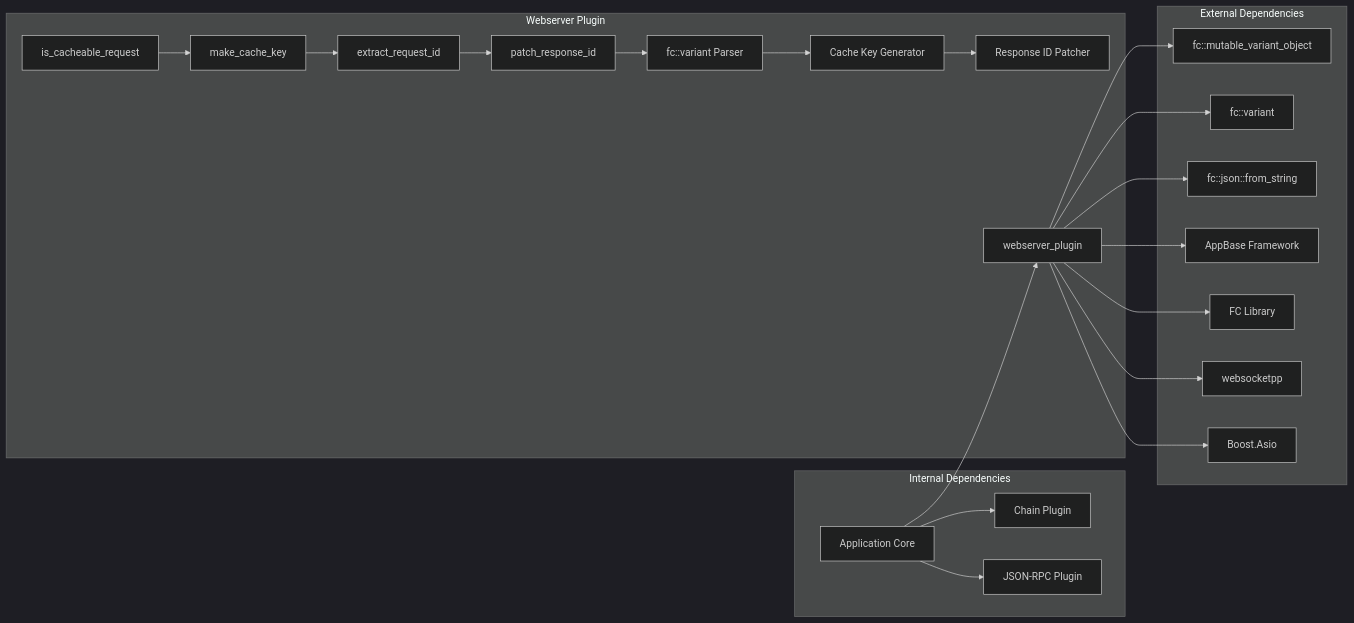
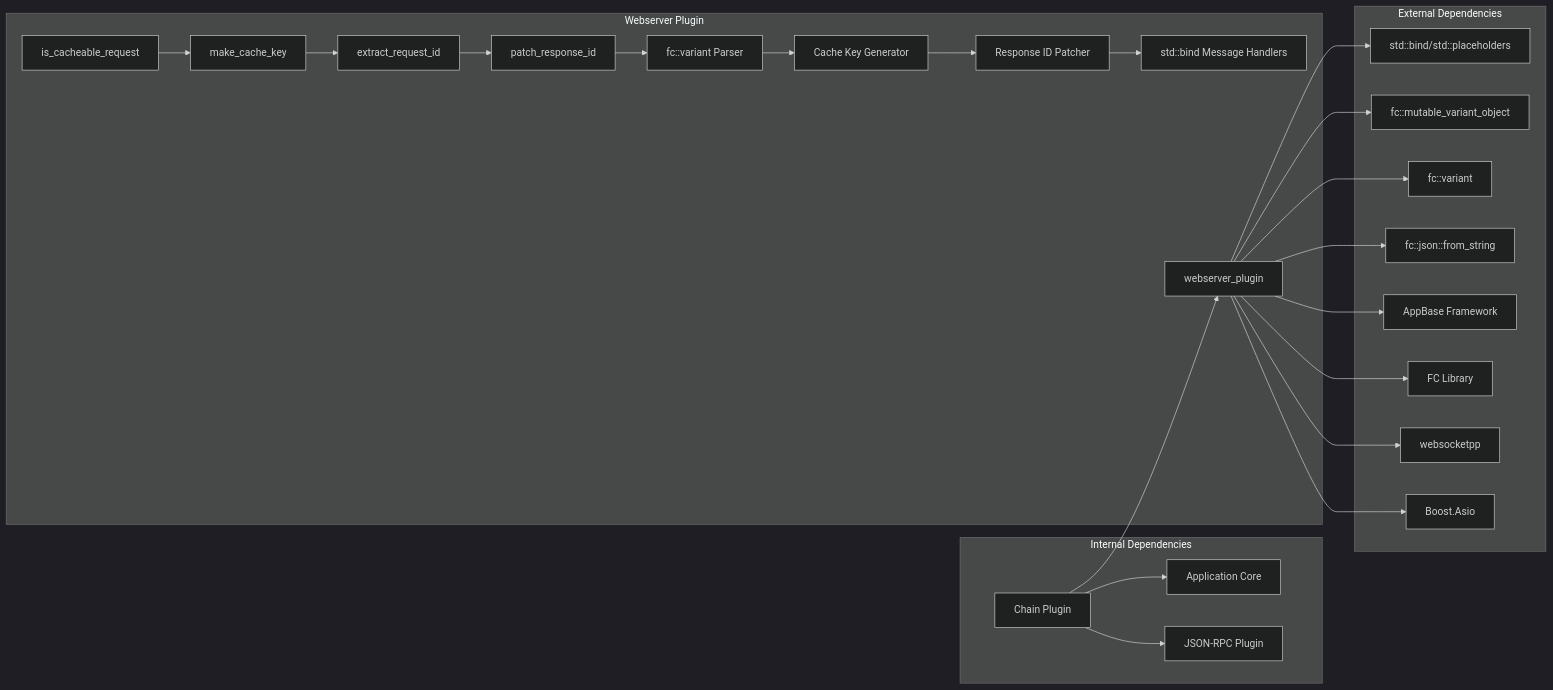
The tenth of 13 diagrams in .qoder/repowiki/en/content/Webserver Plugin.md (VIZ-Blockchain/viz-cpp-node), drawn with Mermaid (dark theme) before and after one commit. The commit also changed other lines of this file and 7 other files, not shown here.

````diff
--- a/.qoder/repowiki/en/content/Webserver Plugin.md
+++ b/.qoder/repowiki/en/content/Webserver Plugin.md
@@ -402,43 +439,47 @@
 ```mermaid
 graph LR
 subgraph "External Dependencies"
 A[Boost.Asio]
 B[websocketpp]
 C[FC Library]
 D[AppBase Framework]
 E[fc::json::from_string]
 F[fc::variant]
 G[fc::mutable_variant_object]
+H[std::bind/std::placeholders]
 end
 subgraph "Internal Dependencies"
-H[JSON-RPC Plugin]
-I[Chain Plugin]
-J[Application Core]
+I[JSON-RPC Plugin]
+J[Chain Plugin]
+K[Application Core]
 end
 subgraph "Webserver Plugin"
-K[webserver_plugin]
-L[is_cacheable_request]
-M[make_cache_key]
-N[extract_request_id]
-O[patch_response_id]
-P[fc::variant Parser]
-Q[Cache Key Generator]
-R[Response ID Patcher]
+L[webserver_plugin]
+M[is_cacheable_request]
+N[make_cache_key]
+O[extract_request_id]
+P[patch_response_id]
+Q[fc::variant Parser]
+R[Cache Key Generator]
+S[Response ID Patcher]
+T[std::bind Message Handlers]
 end
-J --> H
 J --> I
 J --> K
-K --> A
-K --> B
-K --> C
-K --> D
-K --> E
-K --> F
-K --> G
-L --> M
+J --> L
+L --> A
+L --> B
+L --> C
+L --> D
+L --> E
+L --> F
+L --> G
+L --> H
 M --> N
 N --> O
 O --> P
 P --> Q
 Q --> R
+R --> S
+S --> T
 ```
````
